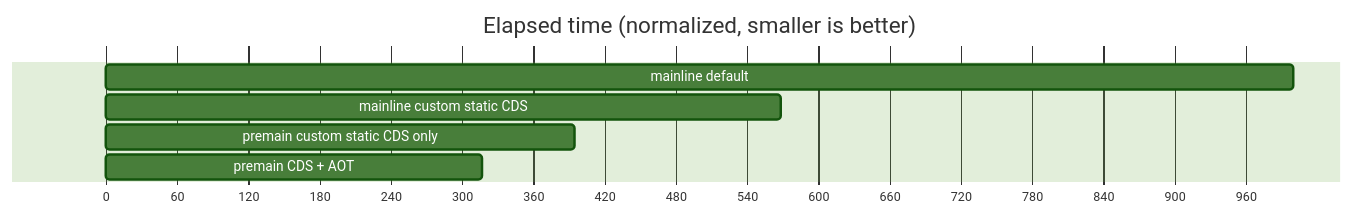
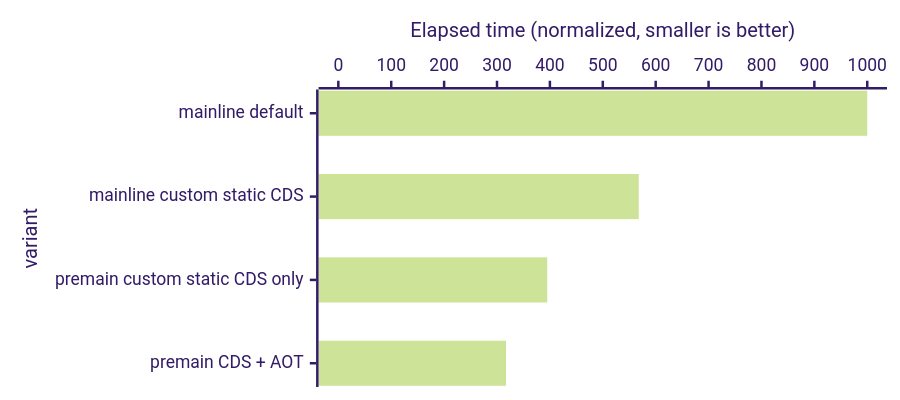
Before and after one commit to openjdk/leyden: the third of 4 diagrams in README.md, drawn with Mermaid (forest theme). The commit also changed other lines of this file and 1 other file, not shown here.

Commit message:
Editorial changes to README, plus better mermaid format from lujaniuk

````diff
--- a/README.md
+++ b/README.md
@@ -396,12 +413,12 @@
 ```mermaid
-gantt
-    title Elapsed time (normalized, smaller is better)
-    todayMarker off
-    dateFormat  X
-    axisFormat %s
-
-    mainline default   : 0, 1000
-    mainline custom static CDS   : 0, 568
-    premain custom static CDS only   : 0, 395
-    premain CDS + AOT   : 0, 317
+---
+config:
+    xyChart:
+        chartOrientation: horizontal
+        height: 300
+---
+xychart-beta
+    x-axis "variant" ["mainline default", "mainline custom static CDS", "premain custom static CDS only", "premain CDS + AOT"]
+    y-axis "Elapsed time (normalized, smaller is better)" 0 --> 1000
+    bar [1000, 568, 395, 317]
 ```
````
